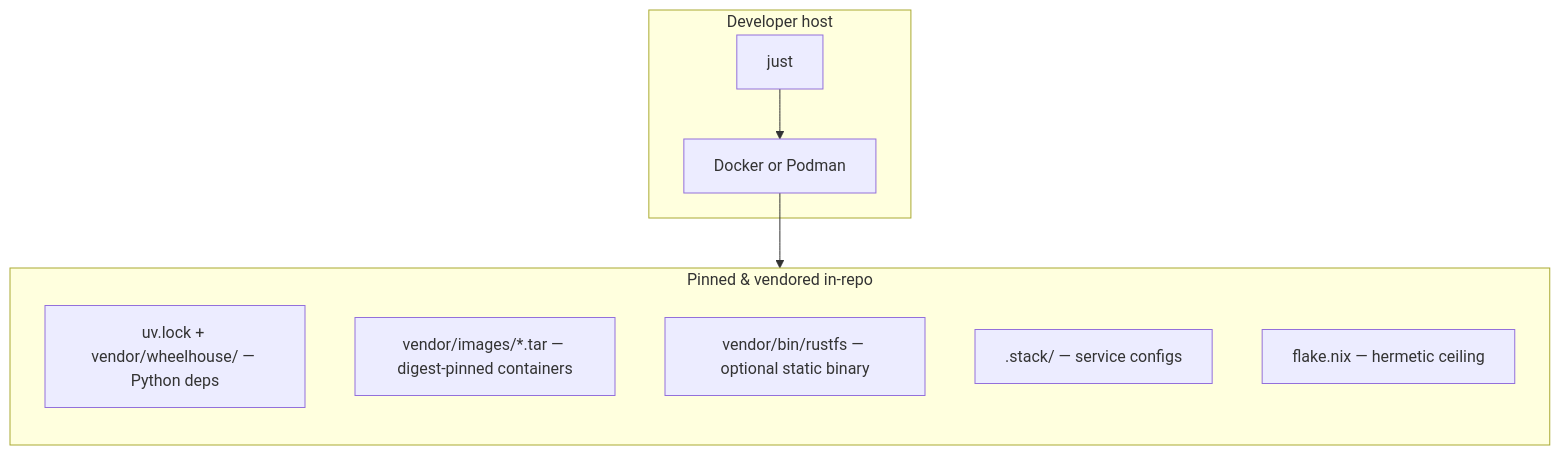
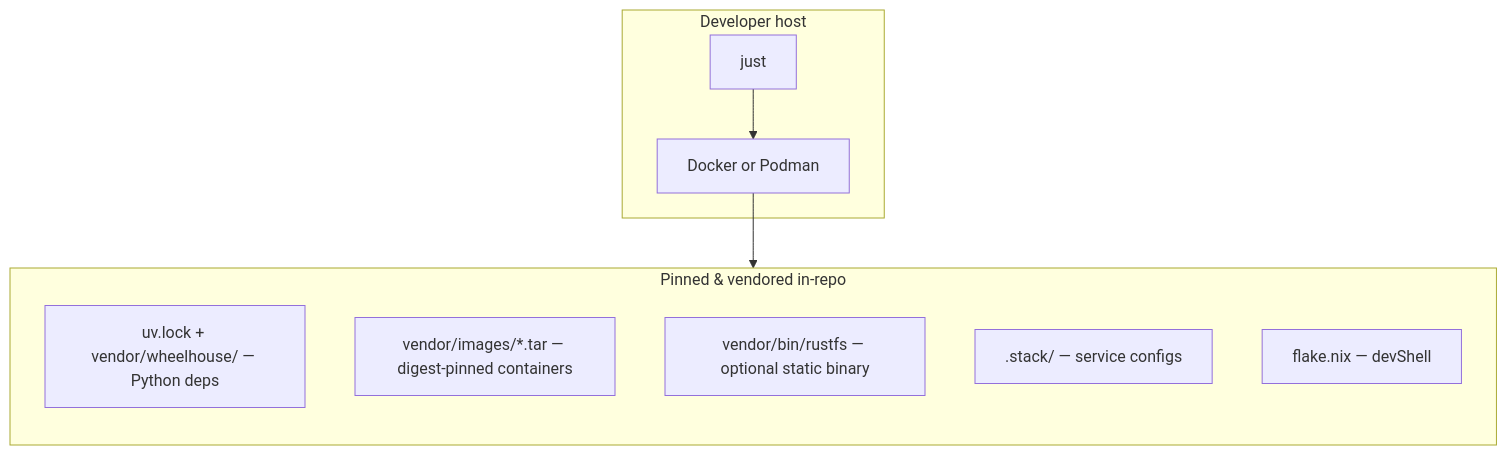
The fifth of 6 diagrams in docs/DESIGN.md (mblaauw/alpha-lake), drawn with Mermaid before and after one commit. The commit also changed other lines of this file and 1 other file, not shown here.

Commit message:
B — Fix ADR-0013 status + downgrade Nix claims
- ADR README: 0013 row Proposed → Superseded (matching ADR file)
- DESIGN.md §23 mermaid: NIX[flake.nix — hermetic ceiling] → devShell
- DESIGN.md §23 bullet: 'Maximal reproducibility' → 'developer
  convenience, not the reproducibility guarantee'

Closes #325

````diff
--- a/docs/DESIGN.md
+++ b/docs/DESIGN.md
@@ -837,17 +837,17 @@
 ```mermaid
 flowchart TB
   subgraph HOST[Developer host]
     J[just]
     CR[Docker or Podman]
   end
   subgraph PIN[Pinned & vendored in-repo]
     direction TB
     PY[uv.lock + vendor/wheelhouse/ — Python deps]
     IMG[vendor/images/*.tar — digest-pinned containers]
     BIN[vendor/bin/rustfs — optional static binary]
     CFG[.stack/ — service configs]
-    NIX[flake.nix — hermetic ceiling]
+    NIX[flake.nix — devShell]
   end
   J --> CR
   CR --> IMG
 ```
````
